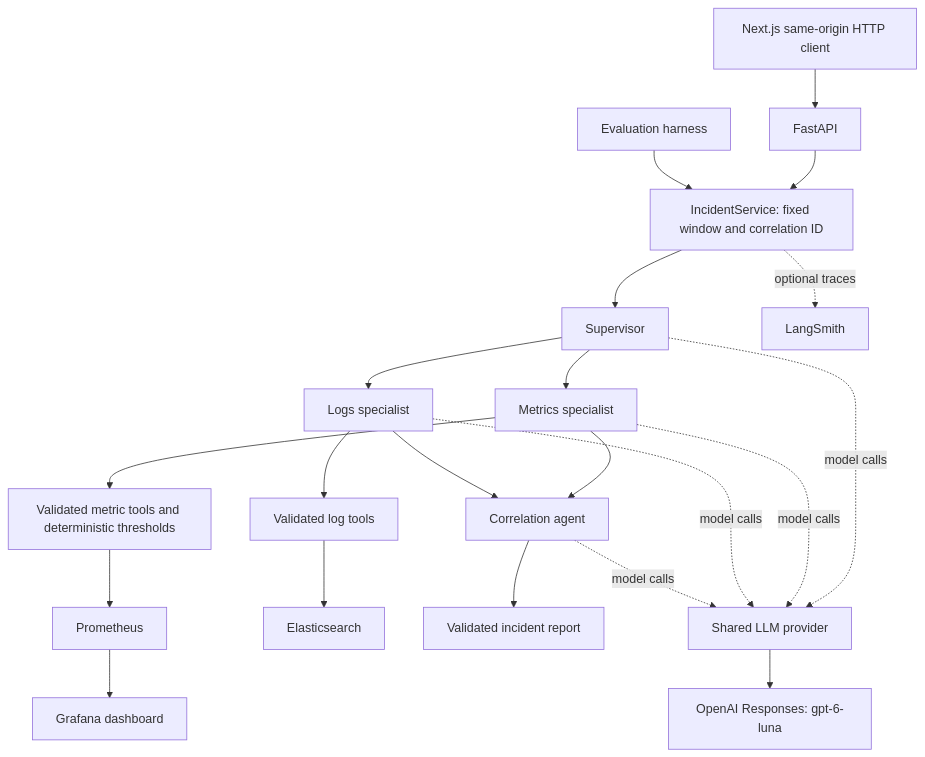
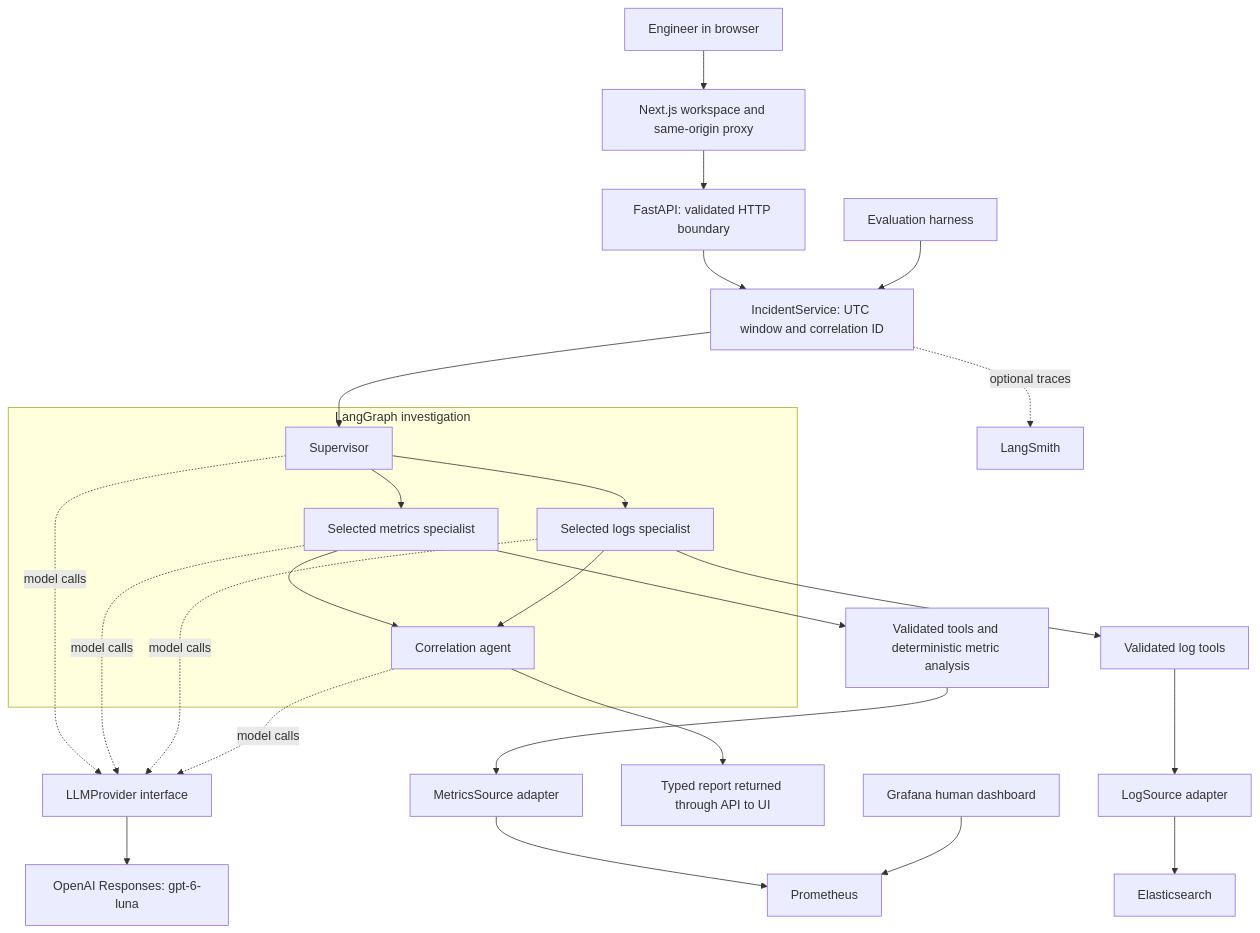
One commit to rensilver/incident-response-copilot changed the diagram in README.md. Above: the diagram before and after it, drawn with Mermaid. The commit also changed other lines of this file and 2 other files, not shown here.

Commit message:
docs: map cohesive backend frontend and investigation architecture

````diff
--- a/README.md
+++ b/README.md
@@ -122,23 +122,28 @@
 ```mermaid
 flowchart TD
-    UI[Next.js same-origin HTTP client] --> API[FastAPI]
-    API --> Service[IncidentService: fixed window and correlation ID]
+    Browser[Engineer in browser] --> UI[Next.js workspace and same-origin proxy]
+    UI --> API[FastAPI: validated HTTP boundary]
+    API --> Service[IncidentService: UTC window and correlation ID]
     Eval[Evaluation harness] --> Service
     Service --> Supervisor[Supervisor]
-    Supervisor --> Metrics[Metrics specialist]
-    Supervisor --> Logs[Logs specialist]
-    Metrics --> MT[Validated metric tools and deterministic thresholds]
+    subgraph Graph[LangGraph investigation]
+        Supervisor --> Metrics[Selected metrics specialist]
+        Supervisor --> Logs[Selected logs specialist]
+        Metrics --> Correlation[Correlation agent]
+        Logs --> Correlation
+    end
+    Metrics --> MT[Validated tools and deterministic metric analysis]
     Logs --> LT[Validated log tools]
-    MT --> Prom[Prometheus]
-    LT --> ES[Elasticsearch]
-    Metrics --> Correlation[Correlation agent]
-    Logs --> Correlation
-    Correlation --> Report[Validated incident report]
-    Prom --> Grafana[Grafana dashboard]
+    MT --> MS[MetricsSource adapter]
+    LT --> LogSource[LogSource adapter]
+    MS --> Prom[Prometheus]
+    LogSource --> ES[Elasticsearch]
+    Correlation --> Report[Typed report returned through API to UI]
+    Grafana[Grafana human dashboard] --> Prom
     Service -. optional traces .-> LS[LangSmith]
-    Provider[Shared LLM provider] --> OpenAI[OpenAI Responses: gpt-6-luna]
+    Provider[LLMProvider interface] --> OpenAI[OpenAI Responses: gpt-6-luna]
     Supervisor -. model calls .-> Provider
     Metrics -. model calls .-> Provider
     Logs -. model calls .-> Provider
     Correlation -. model calls .-> Provider
 ```
````
